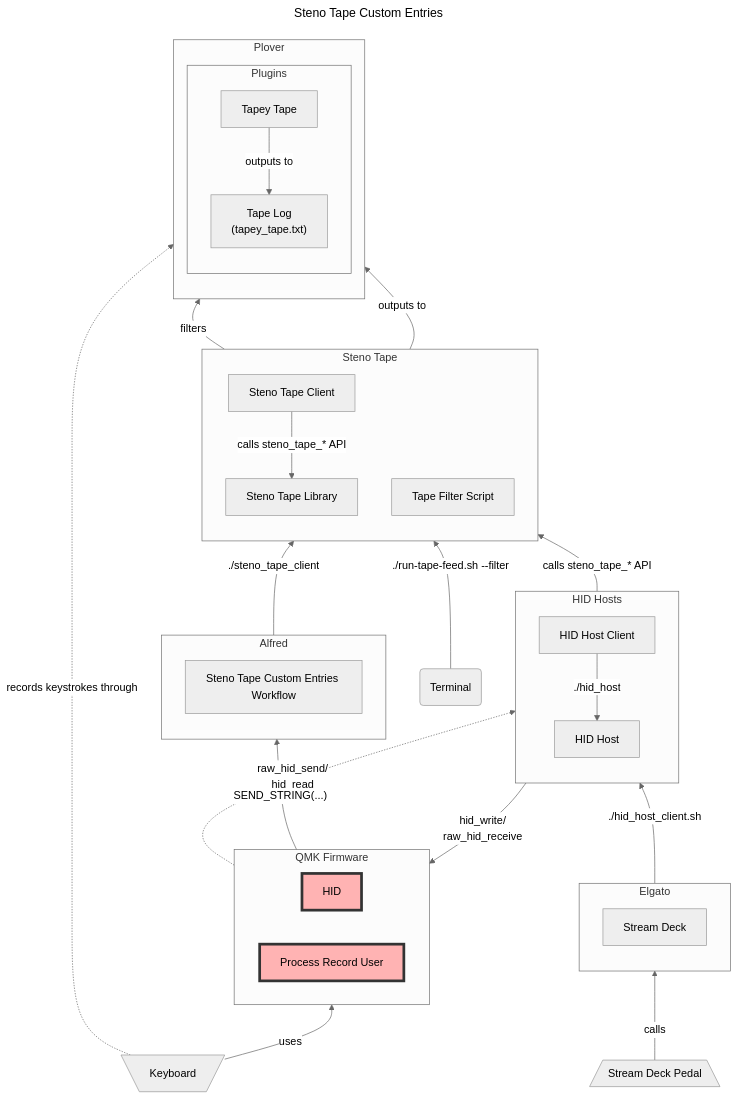
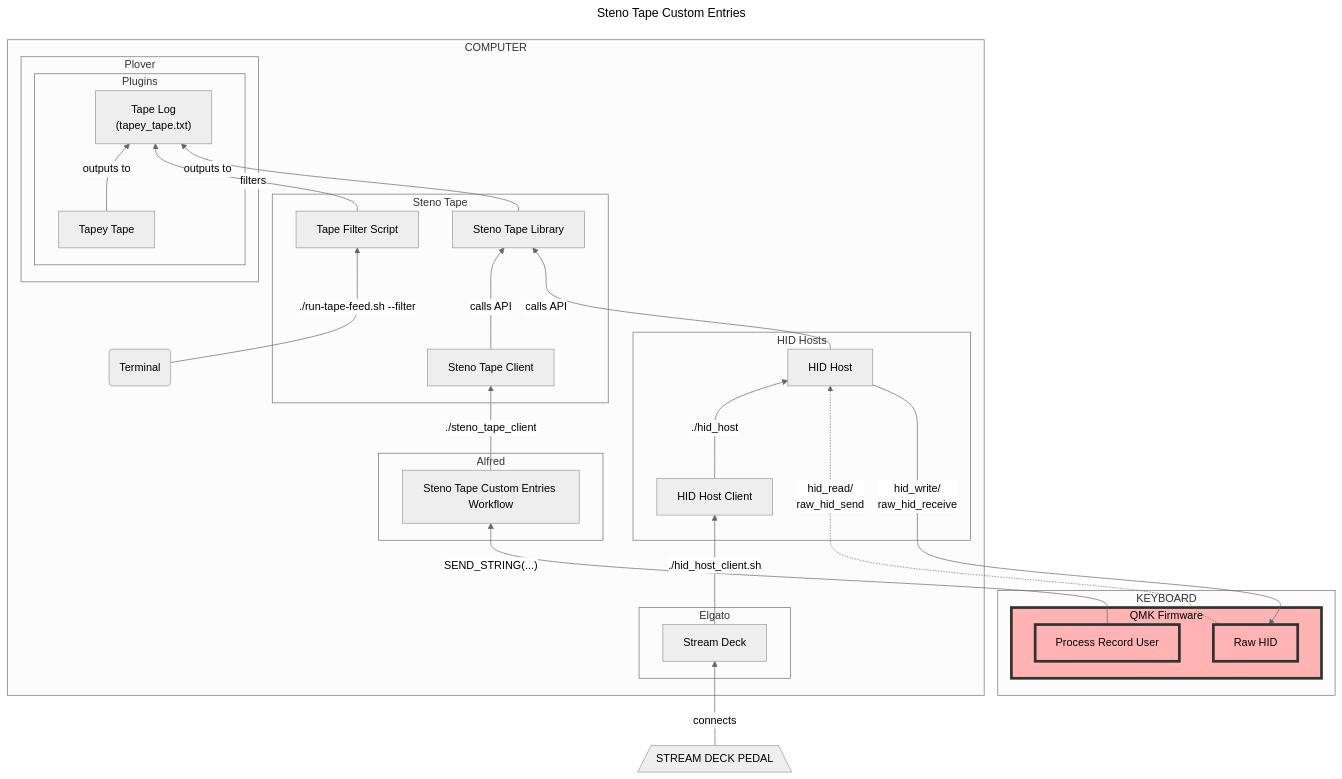
Before and after one commit to paulfioravanti/qmk_keymaps: the diagram in keyboards/gboards/georgi/keymaps/paulfioravanti/README.md, drawn with Mermaid (neutral theme).

Commit message:
Update diagram

```diff
--- a/keyboards/gboards/georgi/keymaps/paulfioravanti/README.md
+++ b/keyboards/gboards/georgi/keymaps/paulfioravanti/README.md
@@ -62,8 +62,7 @@
 title: Steno Tape Custom Entries
 ---
 flowchart BT
-  FirmwareHID["HID"]
-  Keyboard[\"Keyboard"/]
+  FirmwareRawHID["Raw HID"]
   FirmwareProcessRecordUser["Process Record User"]
   HIDHost["HID Host"]
   HIDHostClient["HID Host Client"]
@@ -71,66 +70,64 @@
   StenoTapeClient["Steno Tape Client"]
   StenoTapeCustomEntriesWorkflow["Steno Tape Custom Entries Workflow"]
   StreamDeck["Stream Deck"]
-  StreamDeckPedal[/"Stream Deck Pedal"\]
+  StreamDeckPedal[/"STREAM DECK PEDAL"\]
   TapeyTape[Tapey Tape]
   TapeLogFile["Tape Log\n(tapey_tape.txt)"]
   TapeFilterScript["Tape Filter Script"]
 
   classDef current fill:#ffb3b3, stroke:#333, stroke-width:4px, color:black
 
-  subgraph Alfred
-    direction TB
-    StenoTapeCustomEntriesWorkflow
+  subgraph Computer["COMPUTER"]
+    subgraph Alfred["Alfred"]
+      StenoTapeCustomEntriesWorkflow
+    end
+
+    subgraph Elgato["Elgato"]
+      StreamDeck
+    end
+
+    subgraph HIDHosts["HID Hosts"]
+      HIDHost
+      HIDHostClient -- "`./hid_host`" --> HIDHost
+    end
+
+    subgraph Plover["Plover"]
+      subgraph Plugins
+        TapeLogFile
+        TapeyTape -- outputs to --> TapeLogFile
+      end
+    end
+
+    subgraph StenoTape["Steno Tape"]
+      StenoTapeLibrary
+      StenoTapeClient -- "calls API" --> StenoTapeLibrary
+      TapeFilterScript
+    end
+
+    Terminal(Terminal)
   end
 
-  subgraph Elgato
-    direction TB
-    StreamDeck
+  subgraph Keyboard["KEYBOARD"]
+    subgraph QMKFirmware["QMK Firmware"]
+      FirmwareProcessRecordUser:::current
+      FirmwareRawHID:::current
+    end
+    class QMKFirmware current
   end
 
-  subgraph HIDHosts["HID Hosts"]
-    direction TB
-    HIDHost
-    HIDHostClient -- "`./hid_host`" --> HIDHost
-  end
-
-  subgraph QMKFirmware["QMK Firmware"]
-    direction LR
-    FirmwareHID:::current
-    FirmwareProcessRecordUser:::current
-  end
-  class QMKFirmware current
-
-  subgraph Plover
-    direction TB
-    subgraph Plugins
-      TapeLogFile
-      TapeyTape -- outputs to --> TapeLogFile
-    end
-  end
-
-  subgraph StenoTape["Steno Tape"]
-    direction TB
-    StenoTapeLibrary
-    StenoTapeClient -- "calls steno_tape_* API" --> StenoTapeLibrary
-    TapeFilterScript
-  end
-
-  Terminal(Terminal) -- "`./run-tape-feed.sh --filter`" --> TapeFilterScript
+  Terminal -- "`./run-tape-feed.sh --filter`" --> TapeFilterScript
   TapeFilterScript -- filters --> TapeLogFile
   StenoTapeLibrary -- outputs to --> TapeLogFile
   StenoTapeCustomEntriesWorkflow -- "`./steno_tape_client`" --> StenoTapeClient
   FirmwareProcessRecordUser -- "SEND_STRING(...)" --> StenoTapeCustomEntriesWorkflow
-  Keyboard -- uses --> QMKFirmware
-  Keyboard -. records keystrokes through .-> TapeyTape
-  HIDHost -- "calls steno_tape_* API" --> StenoTapeLibrary
-  FirmwareHID -. "raw_hid_send/\nhid_read" .-> HIDHost
-  HIDHost -- "hid_write/\nraw_hid_receive" --> FirmwareHID
+  HIDHost -- "calls API" --> StenoTapeLibrary
+  FirmwareRawHID -. "hid_read/\nraw_hid_send" .-> HIDHost
+  HIDHost -- "hid_write/\nraw_hid_receive" --> FirmwareRawHID
   StreamDeck -- "`./hid_host_client.sh`" --> HIDHostClient
-  StreamDeckPedal -- calls --> StreamDeck
+  StreamDeckPedal -- connects --> StreamDeck
 
   click Dictionaries href "https://github.com/paulfioravanti/steno-dictionaries" "Steno Dictionaries" _blank
-  click FirmwareHID href "https://github.com/paulfioravanti/qmk_keymaps/blob/master/keyboards/gboards/georgi/keymaps/paulfioravanti/user/hid.c" "Georgi HID" _blank
+  click FirmwareRawHID href "https://github.com/paulfioravanti/qmk_keymaps/blob/master/keyboards/gboards/georgi/keymaps/paulfioravanti/user/hid.c" "Georgi HID" _blank
   click FirmwareProcessRecordUser href "https://github.com/paulfioravanti/qmk_keymaps/blob/master/keyboards/gboards/georgi/keymaps/paulfioravanti/user/process_record_user.c" "Georgi Process Record User" _blank
   click HIDHost href "https://github.com/paulfioravanti/hid_hosts/blob/main/hid_host.c" "HID Host" _blank
   click HIDHostClient href "https://github.com/paulfioravanti/hid_hosts/blob/main/hid_host_client.sh" "HID Host Client" _blank
```
